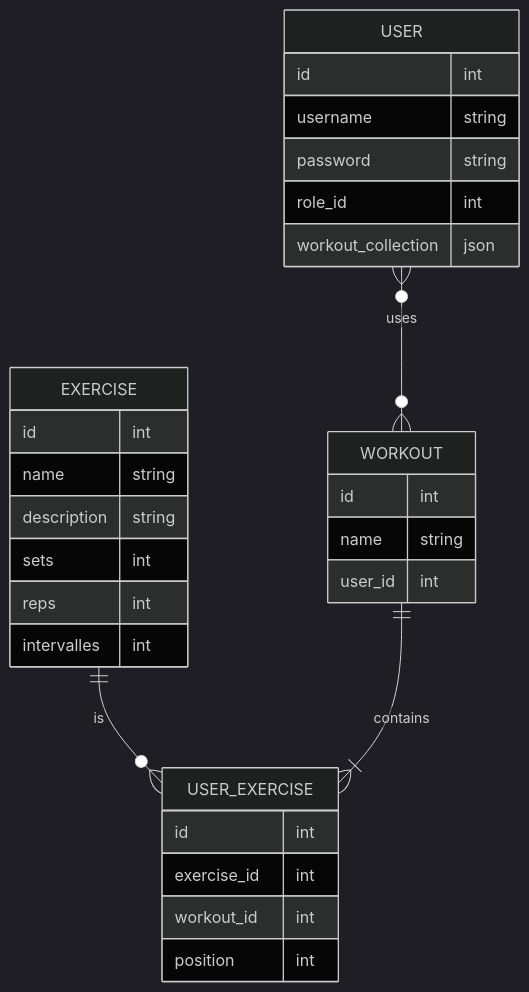
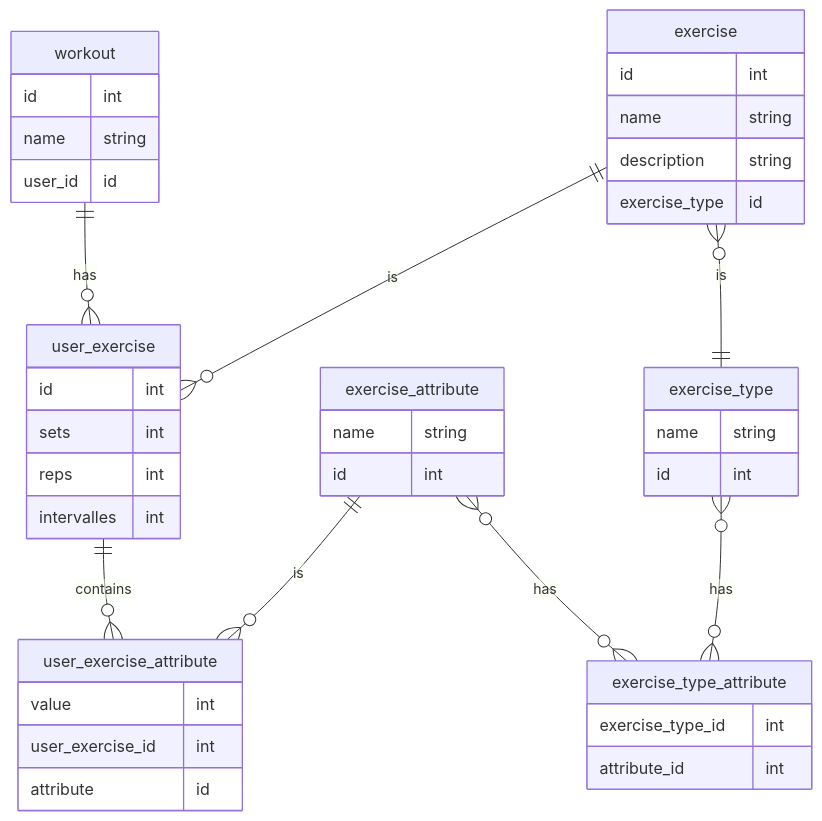
The third of 3 diagrams in README.md (VAlexandersson/XPERT_Fullstack_Gym_Scheduler), drawn with Mermaid before and after one commit. The commit also changed other lines of this file and 7 other files, not shown here.

````diff
--- a/README.md
+++ b/README.md
@@ -36,36 +150,49 @@
 ```mermaid
-%%{init: {'theme':'dark'}}%%
 erDiagram 
+    workout ||--o{ user_exercise: has
+    user_exercise ||--o{ user_exercise_attribute: contains
+    exercise_attribute }o--o{ exercise_type_attribute: has
+    exercise_attribute ||--o{ user_exercise_attribute: is
+    exercise_type }o--o{ exercise_type_attribute: has
+    exercise }o--|| exercise_type: is
+    exercise ||--o{ user_exercise : is
 
-    EXERCISE ||--o{ USER_EXERCISE : is
-    WORKOUT ||--|{ USER_EXERCISE : contains
-    USER }o--o{ WORKOUT : uses    
 
-    USER {
-        id int
-        username string
-        password string
-        role_id int
-        workout_collection json
-    }
-    WORKOUT {
-       id int
-       name string
-       user_id int
-    }
-    EXERCISE {
+
+    workout {
         id int
         name string
-        description string
+        user_id id
+    }
+    user_exercise {
+        id int
         sets int
         reps int
         intervalles int
     }
-    USER_EXERCISE {
+    exercise {
        id int
-       exercise_id int
-       workout_id int
-       position int
+       name string
+       description string
+       exercise_type id
+    }
+    exercise_type {
+        name string
+        id int
+    }
+    exercise_type_attribute {
+        exercise_type_id int
+        attribute_id int
+    }
+    user_exercise_attribute {
+        value int
+        user_exercise_id int
+        attribute id
+    }
+    exercise_attribute {
+        name string
+        id int
     }
 
+
 ```
````
